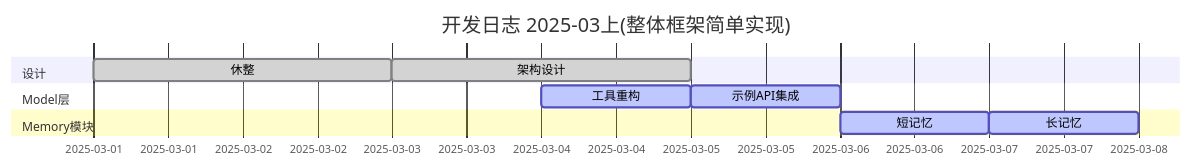
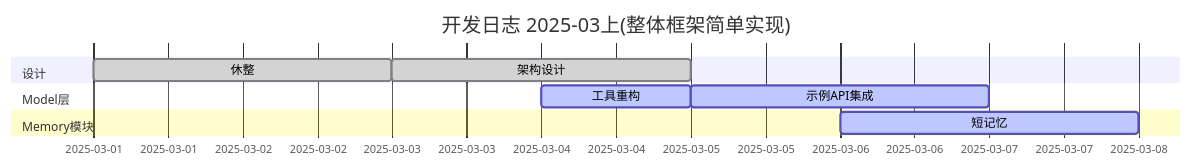
One commit to SleeeepyZhou/AIdot changed the diagram in addons/AIdot/Res/Asset/Develop_log.md. Above: the diagram before and after it, drawn with Mermaid. The commit also changed 26 other files, not shown here.

````diff
--- a/addons/AIdot/Res/Asset/Develop_log.md
+++ b/addons/AIdot/Res/Asset/Develop_log.md
@@ -1,17 +1,16 @@
 ```mermaid
 ---
 displayMode: compact
 ---
 gantt
-    title 开发日志 2025-03上(整体框架简单实现)
-    dateFormat  YYYY-MM-DD
-    section 设计
-    休整 :done, 2025-03-01, 2d
-    架构设计 :done, 2025-03-03, 2d
-    section Model层
-    工具重构 :active, 2025-03-04, 1d
-    示例API集成 :active, 2025-03-05, 1d
-    section Memory模块
-    短记忆 :active, 2025-03-06, 1d
-    长记忆 :active, 2025-03-07, 1d
+	title 开发日志 2025-03上(整体框架简单实现)
+	dateFormat  YYYY-MM-DD
+	section 设计
+	休整 :done, 2025-03-01, 2d
+	架构设计 :done, 2025-03-03, 2d
+	section Model层
+	工具重构 :active, 2025-03-04, 1d
+	示例API集成 :active, 2025-03-05, 2d
+	section Memory模块
+	短记忆 :active, 2025-03-06, 2d
 ```
````
